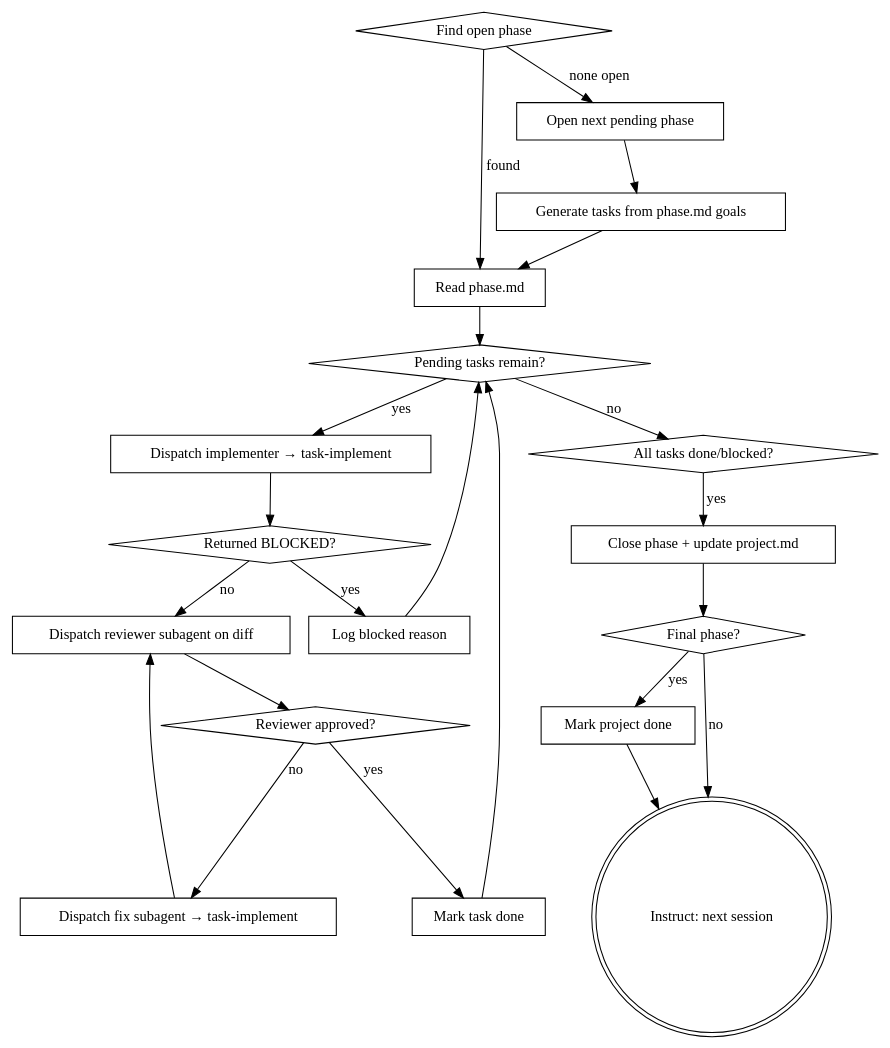
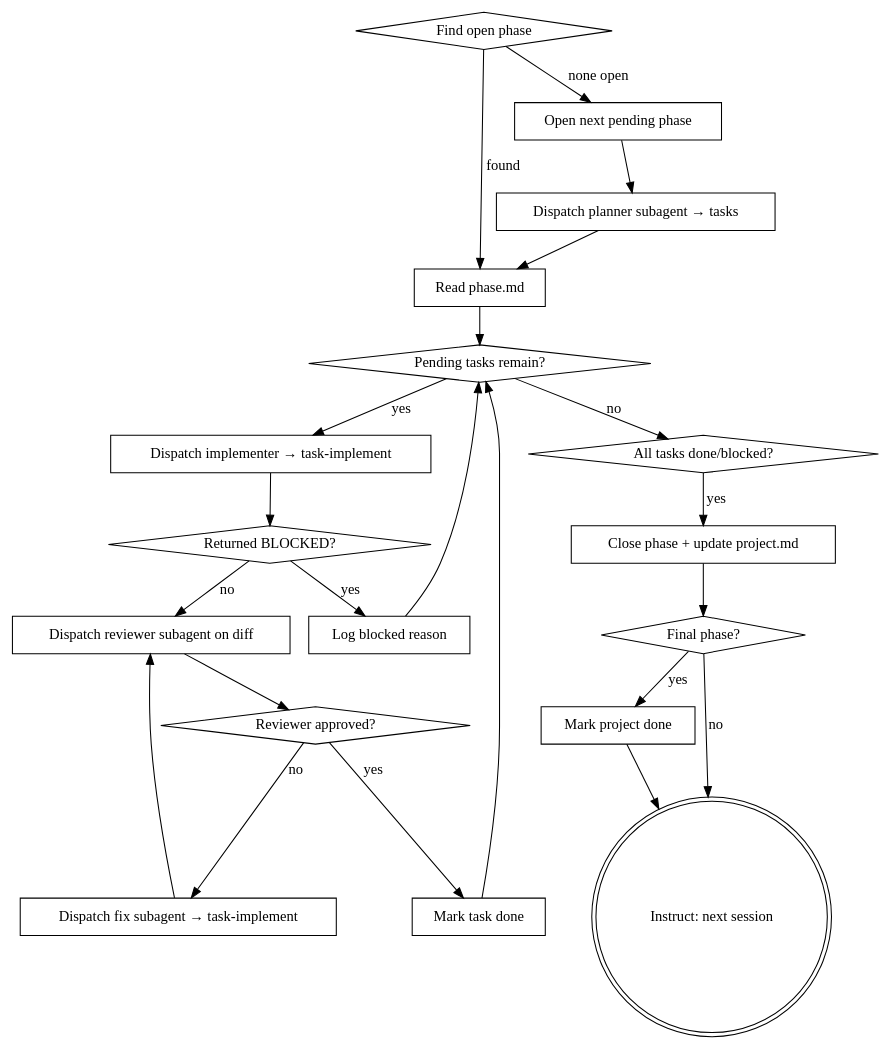
One commit to dx0ne/agent-skills changed the diagram in skills/agentflow/phase-execute/SKILL.md. Above: the diagram before and after it, drawn with Graphviz. The commit also changed other lines of this file and 2 other files, not shown here.

First line of the commit message:
refactor(agentflow): keep phase-execute context lean via subagents

````diff
--- a/skills/agentflow/phase-execute/SKILL.md
+++ b/skills/agentflow/phase-execute/SKILL.md
@@ -18,43 +20,43 @@
 ```dot
 digraph execute {
     "Find open phase" [shape=diamond];
     "Open next pending phase" [shape=box];
-    "Generate tasks from phase.md goals" [shape=box];
+    "Dispatch planner subagent → tasks" [shape=box];
     "Read phase.md" [shape=box];
     "Pending tasks remain?" [shape=diamond];
     "Dispatch implementer → task-implement" [shape=box];
     "Returned BLOCKED?" [shape=diamond];
     "Log blocked reason" [shape=box];
     "Dispatch reviewer subagent on diff" [shape=box];
     "Reviewer approved?" [shape=diamond];
     "Dispatch fix subagent → task-implement" [shape=box];
     "Mark task done" [shape=box];
     "All tasks done/blocked?" [shape=diamond];
     "Close phase + update project.md" [shape=box];
     "Final phase?" [shape=diamond];
     "Mark project done" [shape=box];
     "Instruct: next session" [shape=doublecircle];
 
     "Find open phase" -> "Read phase.md" [label="found"];
     "Find open phase" -> "Open next pending phase" [label="none open"];
-    "Open next pending phase" -> "Generate tasks from phase.md goals";
-    "Generate tasks from phase.md goals" -> "Read phase.md";
+    "Open next pending phase" -> "Dispatch planner subagent → tasks";
+    "Dispatch planner subagent → tasks" -> "Read phase.md";
     "Read phase.md" -> "Pending tasks remain?";
     "Pending tasks remain?" -> "Dispatch implementer → task-implement" [label="yes"];
     "Pending tasks remain?" -> "All tasks done/blocked?" [label="no"];
     "Dispatch implementer → task-implement" -> "Returned BLOCKED?";
     "Returned BLOCKED?" -> "Log blocked reason" [label="yes"];
     "Returned BLOCKED?" -> "Dispatch reviewer subagent on diff" [label="no"];
     "Dispatch reviewer subagent on diff" -> "Reviewer approved?";
     "Reviewer approved?" -> "Mark task done" [label="yes"];
     "Reviewer approved?" -> "Dispatch fix subagent → task-implement" [label="no"];
     "Dispatch fix subagent → task-implement" -> "Dispatch reviewer subagent on diff";
     "Mark task done" -> "Pending tasks remain?";
     "Log blocked reason" -> "Pending tasks remain?";
     "All tasks done/blocked?" -> "Close phase + update project.md" [label="yes"];
     "Close phase + update project.md" -> "Final phase?" ;
     "Final phase?" -> "Mark project done" [label="yes"];
     "Final phase?" -> "Instruct: next session" [label="no"];
     "Mark project done" -> "Instruct: next session";
 }
 ```
````
